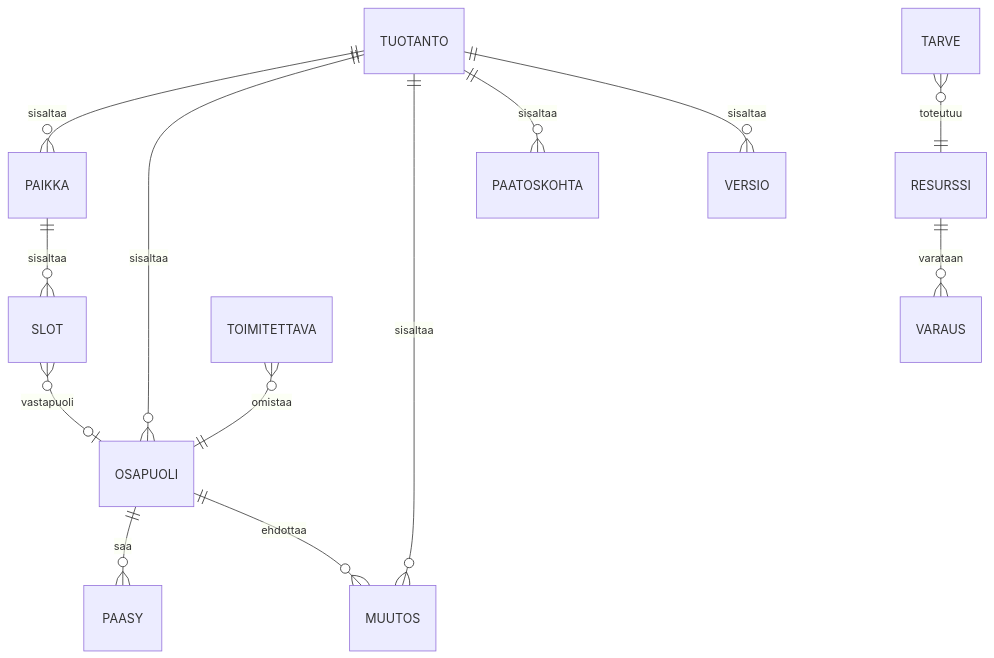
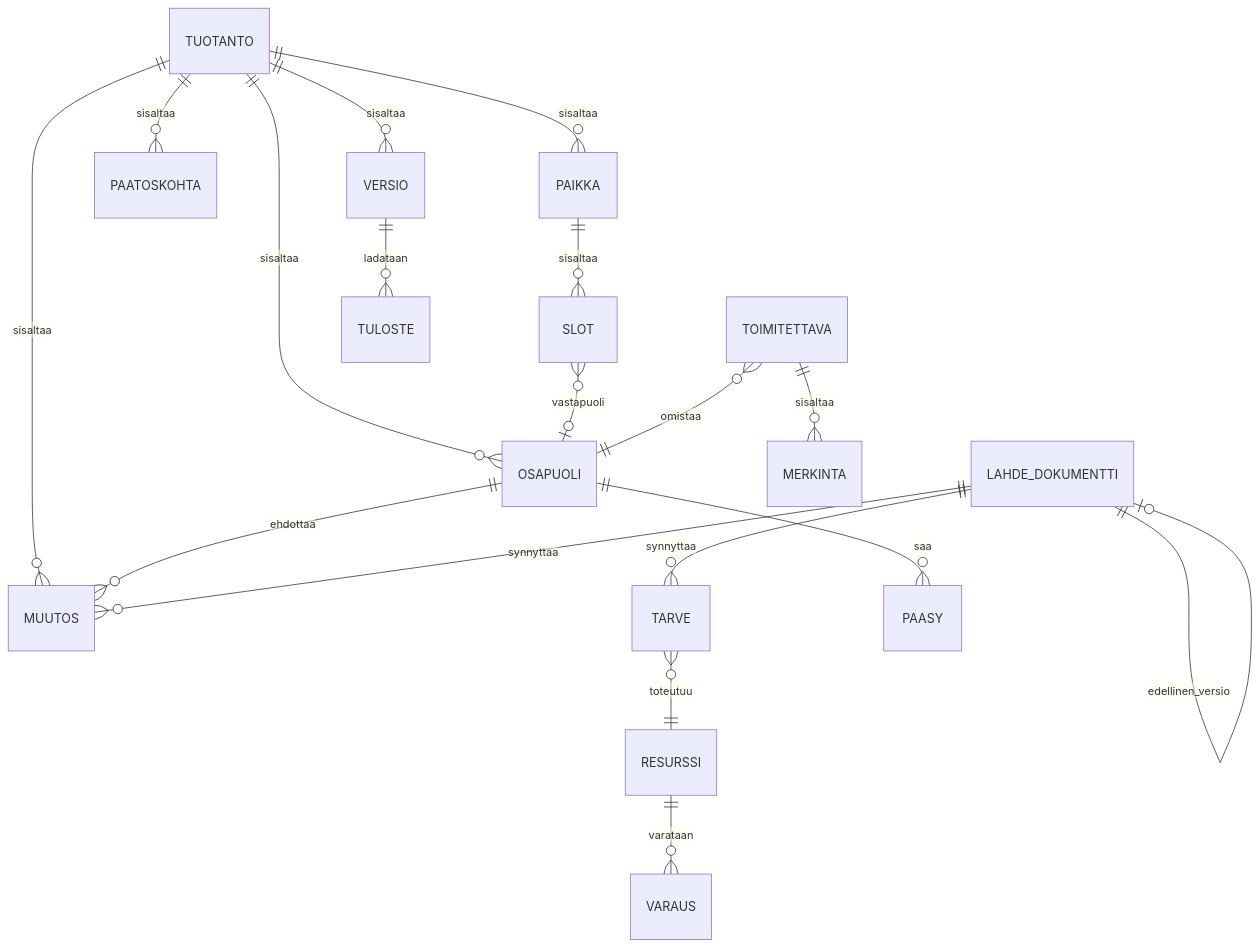
Before and after one commit to oskarijarvelin/downstage: the diagram in docs/tietomalli.md, drawn with Mermaid. The commit also changed other lines of this file and 5 other files, not shown here.

````diff
--- a/docs/tietomalli.md
+++ b/docs/tietomalli.md
@@ -24,15 +24,20 @@
 ```mermaid
 erDiagram
     TUOTANTO ||--o{ PAIKKA : sisaltaa
     TUOTANTO ||--o{ OSAPUOLI : sisaltaa
     TUOTANTO ||--o{ MUUTOS : sisaltaa
     TUOTANTO ||--o{ PAATOSKOHTA : sisaltaa
     TUOTANTO ||--o{ VERSIO : sisaltaa
     PAIKKA ||--o{ SLOT : sisaltaa
     SLOT }o--o| OSAPUOLI : vastapuoli
     TARVE }o--|| RESURSSI : toteutuu
     RESURSSI ||--o{ VARAUS : varataan
     OSAPUOLI ||--o{ PAASY : saa
     OSAPUOLI ||--o{ MUUTOS : ehdottaa
     TOIMITETTAVA }o--|| OSAPUOLI : omistaa
+    LAHDE_DOKUMENTTI ||--o{ TARVE : synnyttaa
+    LAHDE_DOKUMENTTI ||--o{ MUUTOS : synnyttaa
+    LAHDE_DOKUMENTTI ||--o| LAHDE_DOKUMENTTI : edellinen_versio
+    TOIMITETTAVA ||--o{ MERKINTA : sisaltaa
+    VERSIO ||--o{ TULOSTE : ladataan
 ```
````
